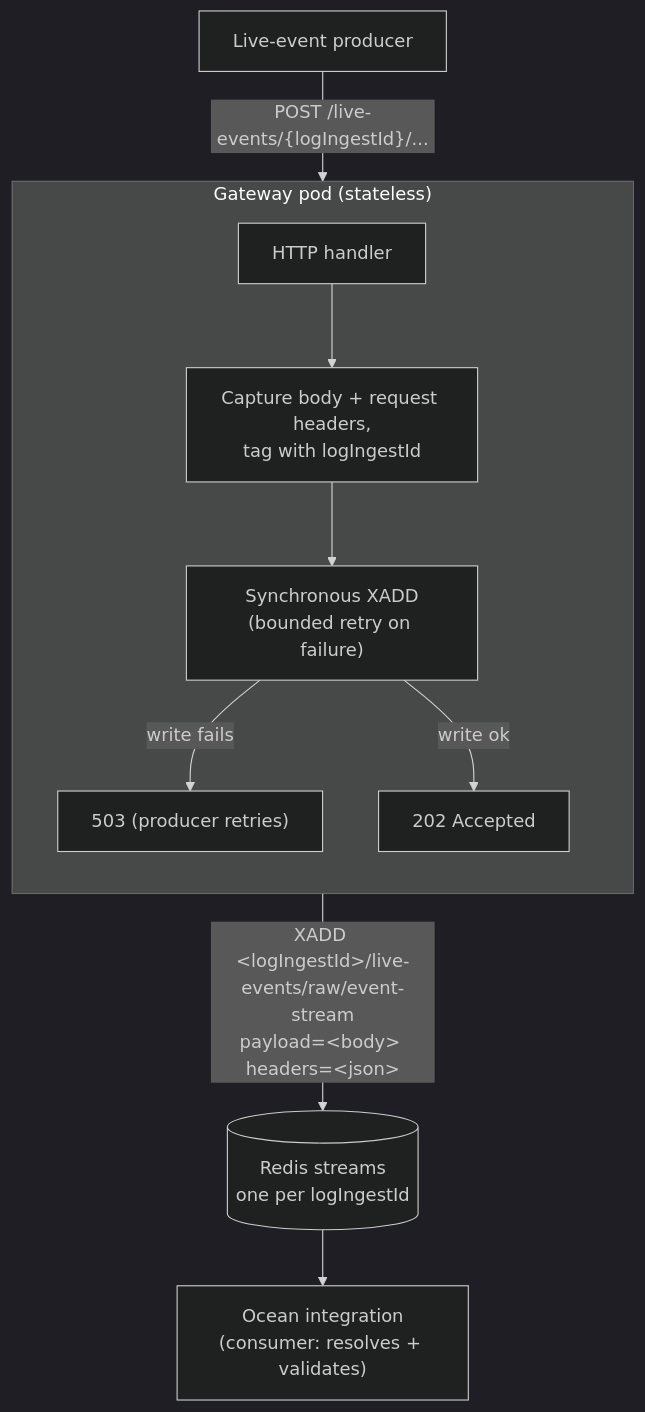
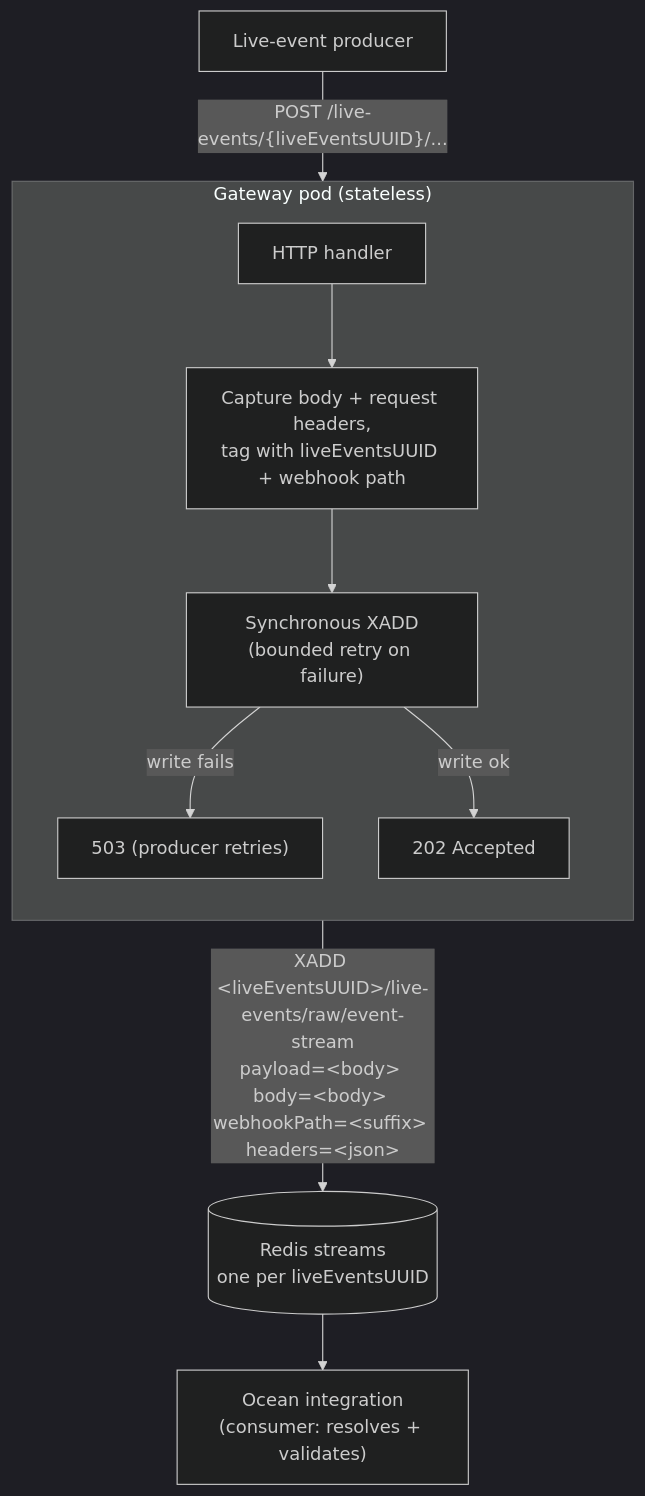
The diagram in README.md (port-labs/ocean-gateway), drawn with Mermaid (dark theme) before and after one commit. The commit also changed other lines of this file and 12 other files, not shown here.

Commit message:
align Redis stream message format with Ocean consumer

````diff
--- a/README.md
+++ b/README.md
@@ -14,15 +14,15 @@
 ```mermaid
 flowchart TD
-    P["Live-event producer"] -->|"POST /live-events/{logIngestId}/..."| H
+    P["Live-event producer"] -->|"POST /live-events/{liveEventsUUID}/..."| H
 
     subgraph GW["Gateway pod (stateless)"]
         direction TB
-        H["HTTP handler"] --> CAP["Capture body + request headers,<br/>tag with logIngestId"]
+        H["HTTP handler"] --> CAP["Capture body + request headers,<br/>tag with liveEventsUUID + webhook path"]
         CAP --> X["Synchronous XADD<br/>(bounded retry on failure)"]
         X -->|write fails| E503["503 (producer retries)"]
         X -->|write ok| OK["202 Accepted"]
     end
 
-    X -->|"XADD &lt;logIngestId&gt;/live-events/raw/event-stream<br/>payload=&lt;body&gt; headers=&lt;json&gt;"| R[("Redis streams<br/>one per logIngestId")]
+    X -->|"XADD &lt;liveEventsUUID&gt;/live-events/raw/event-stream<br/>payload=&lt;body&gt; body=&lt;body&gt; webhookPath=&lt;suffix&gt; headers=&lt;json&gt;"| R[("Redis streams<br/>one per liveEventsUUID")]
     R --> OI["Ocean integration<br/>(consumer: resolves + validates)"]
 ```
````
